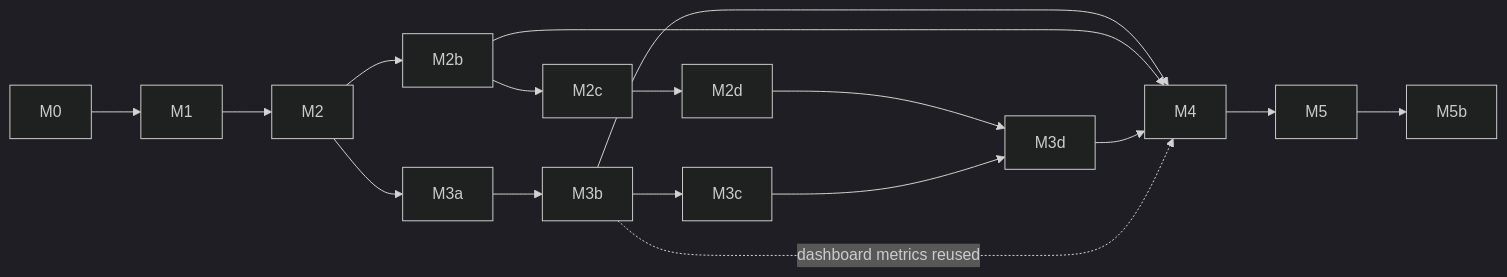
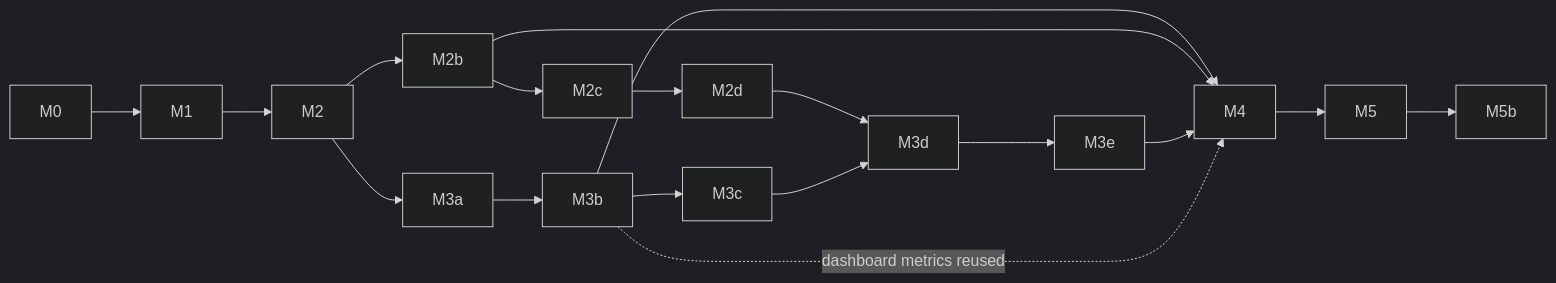
The diagram in docs/plans/README.md (isoloop/isoloop), drawn with Mermaid (dark theme) before and after one commit. The commit also changed other lines of this file and 1 other file, not shown here.

````diff
--- a/docs/plans/README.md
+++ b/docs/plans/README.md
@@ -24,9 +25,9 @@
 ```mermaid
 flowchart LR
   M0 --> M1 --> M2 --> M3a --> M3b --> M4
   M2 --> M2b --> M4
   M4 --> M5 --> M5b
-  M2b --> M2c --> M2d --> M3d --> M4
+  M2b --> M2c --> M2d --> M3d --> M3e --> M4
   M3b --> M3c --> M3d
   M3b -. "dashboard metrics reused" .-> M4
 ```
````
